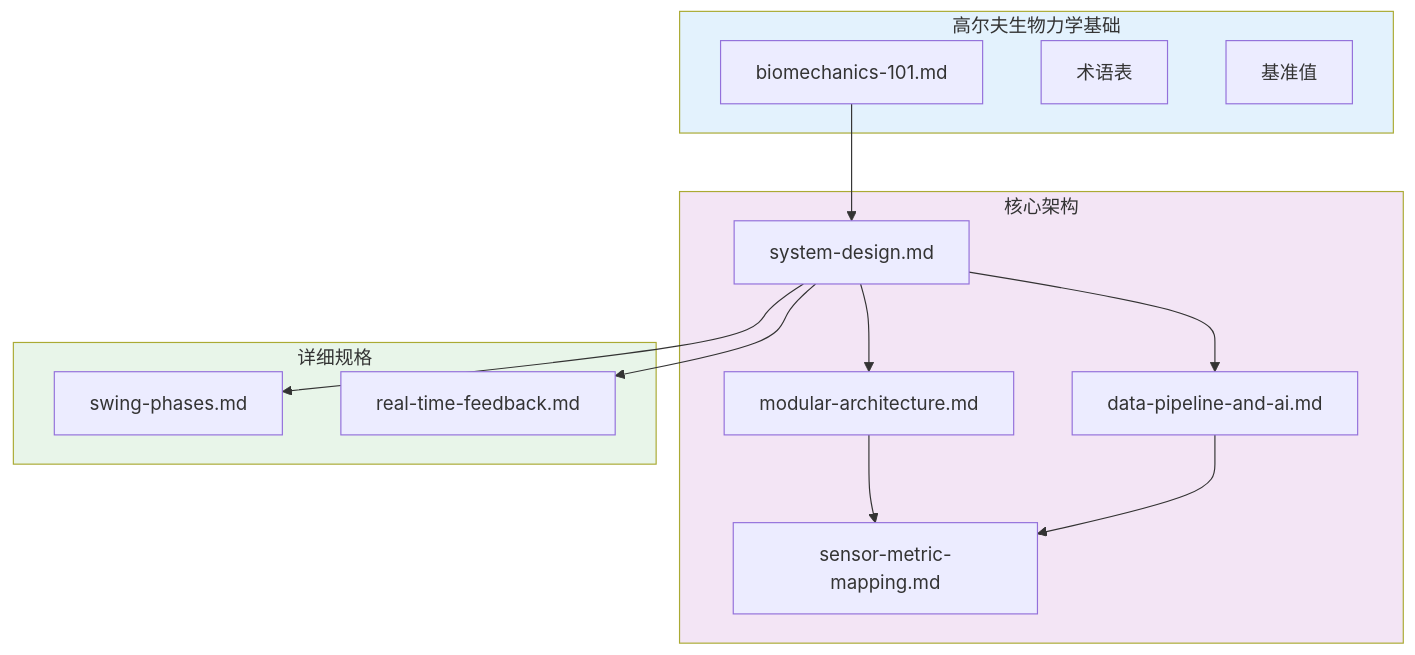
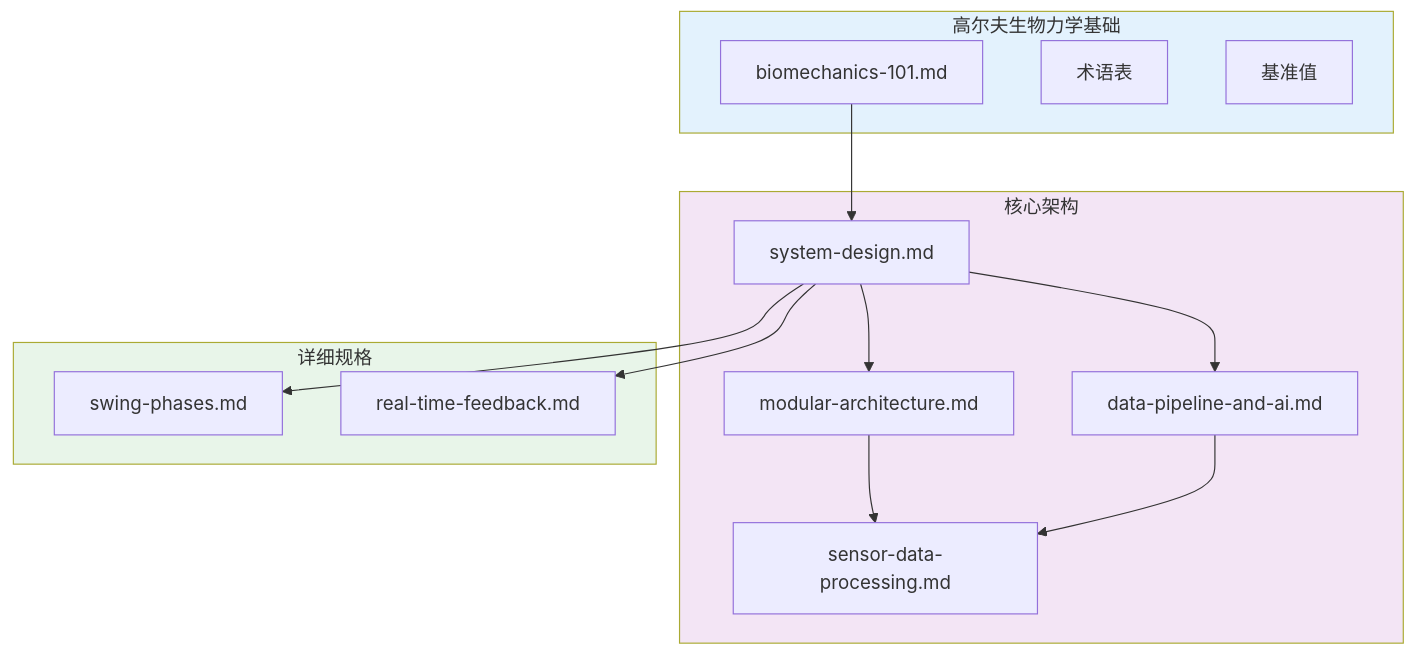
One commit to movement-chain-ai/movement-chain-docs changed the diagram in docs/zh/design/index.md. Above: the diagram before and after it, drawn with Mermaid. The commit also changed other lines of this file and 26 other files, not shown here.

First line of the commit message:
docs: rename sensor-metric-mapping to sensor-data-processing

````diff
--- a/docs/zh/design/index.md
+++ b/docs/zh/design/index.md
@@ -72,32 +72,32 @@
 ```mermaid
 graph TD
     subgraph foundations["高尔夫生物力学基础"]
         F1[biomechanics-101.md]
         F2[术语表]
         F3[基准值]
     end
 
     subgraph architecture["核心架构"]
         A1[system-design.md]
         A2[modular-architecture.md]
         A3[data-pipeline-and-ai.md]
-        A4[sensor-metric-mapping.md]
+        A4[sensor-data-processing.md]
     end
 
     subgraph specs["详细规格"]
         S1[swing-phases.md]
         S2[real-time-feedback.md]
     end
 
     F1 --> A1
     A1 --> A2
     A1 --> A3
     A2 --> A4
     A3 --> A4
     A1 --> S1
     A1 --> S2
 
     style foundations fill:#e3f2fd
     style architecture fill:#f3e5f5
     style specs fill:#e8f5e9
 ```
````
